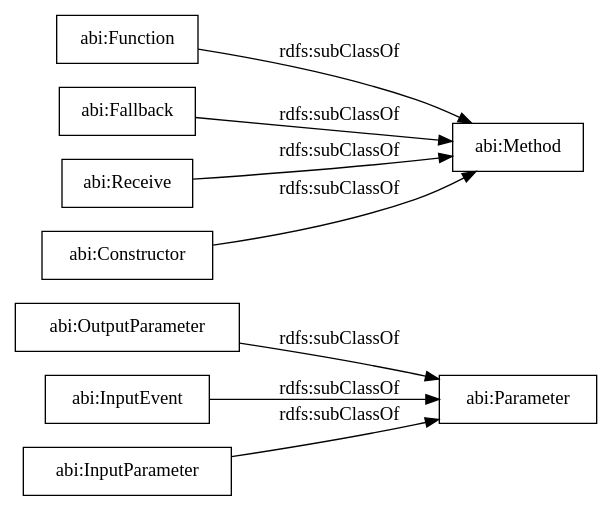
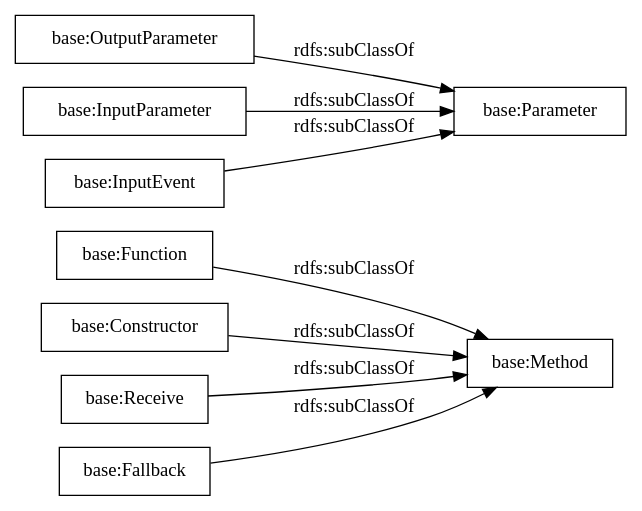
One commit to oeg-upm/Solidity-ABI-ontology changed the diagram in OnToology/Ontology/ontology.ttl/diagrams/ar2dtool-taxonomy/ontology.ttl.png.dot. Above: the diagram before and after it, drawn with Graphviz. The commit also changed 16 other files, not shown here.

```diff
--- a/OnToology/Ontology/ontology.ttl/diagrams/ar2dtool-taxonomy/ontology.ttl.png.dot
+++ b/OnToology/Ontology/ontology.ttl/diagrams/ar2dtool-taxonomy/ontology.ttl.png.dot
@@ -1,13 +1,13 @@
 digraph ar2dtool_diagram { 
 rankdir=LR;
 size="1000"
-node [shape = rectangle, color="black"]; "abi:Parameter" "abi:Function" "abi:OutputParameter" "abi:Method" "abi:Fallback" "abi:InputEvent" "abi:Receive" "abi:Constructor" "abi:InputParameter" ; /*classes style*/
-	"abi:Receive" -> "abi:Method" [ label = "rdfs:subClassOf" ];
-	"abi:Fallback" -> "abi:Method" [ label = "rdfs:subClassOf" ];
-	"abi:InputParameter" -> "abi:Parameter" [ label = "rdfs:subClassOf" ];
-	"abi:Function" -> "abi:Method" [ label = "rdfs:subClassOf" ];
-	"abi:Constructor" -> "abi:Method" [ label = "rdfs:subClassOf" ];
-	"abi:InputEvent" -> "abi:Parameter" [ label = "rdfs:subClassOf" ];
-	"abi:OutputParameter" -> "abi:Parameter" [ label = "rdfs:subClassOf" ];
+node [shape = rectangle, color="black"]; "base:Function" "base:Constructor" "base:Parameter" "base:OutputParameter" "base:Method" "base:Receive" "base:Fallback" "base:InputParameter" "base:InputEvent" ; /*classes style*/
+	"base:InputParameter" -> "base:Parameter" [ label = "rdfs:subClassOf" ];
+	"base:InputEvent" -> "base:Parameter" [ label = "rdfs:subClassOf" ];
+	"base:Constructor" -> "base:Method" [ label = "rdfs:subClassOf" ];
+	"base:OutputParameter" -> "base:Parameter" [ label = "rdfs:subClassOf" ];
+	"base:Receive" -> "base:Method" [ label = "rdfs:subClassOf" ];
+	"base:Fallback" -> "base:Method" [ label = "rdfs:subClassOf" ];
+	"base:Function" -> "base:Method" [ label = "rdfs:subClassOf" ];
 
 }
```
